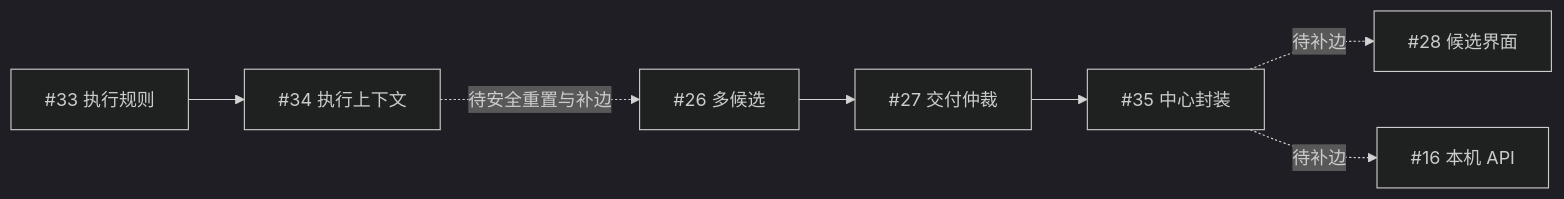
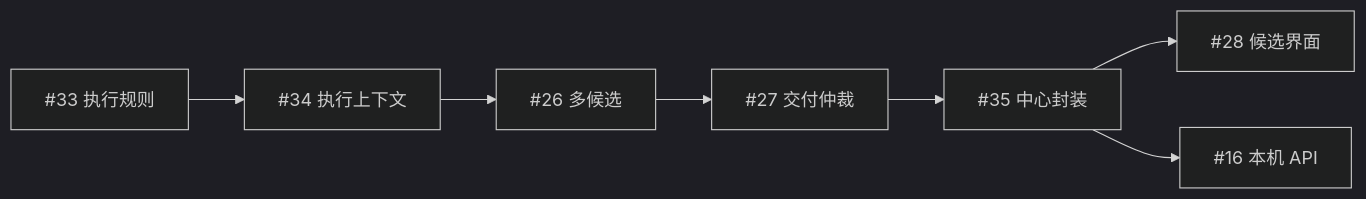
The second of 3 diagrams in docs/roadmap/execution-map.md (erranliu/SteerLine), drawn with Mermaid (dark theme) before and after one commit. The commit also changed other lines of this file and 31 other files, not shown here.

````diff
--- a/docs/roadmap/execution-map.md
+++ b/docs/roadmap/execution-map.md
@@ -85,8 +85,8 @@
 ```mermaid
 flowchart LR
     R33["#33 执行规则"] --> R34["#34 执行上下文"]
-    R34 -. "待安全重置与补边" .-> T26["#26 多候选"]
+    R34 --> T26["#26 多候选"]
     T26 --> T27["#27 交付仲裁"] --> R35["#35 中心封装"]
-    R35 -. "待补边" .-> T28["#28 候选界面"]
-    R35 -. "待补边" .-> T16["#16 本机 API"]
+    R35 --> T28["#28 候选界面"]
+    R35 --> T16["#16 本机 API"]
 ```
````
